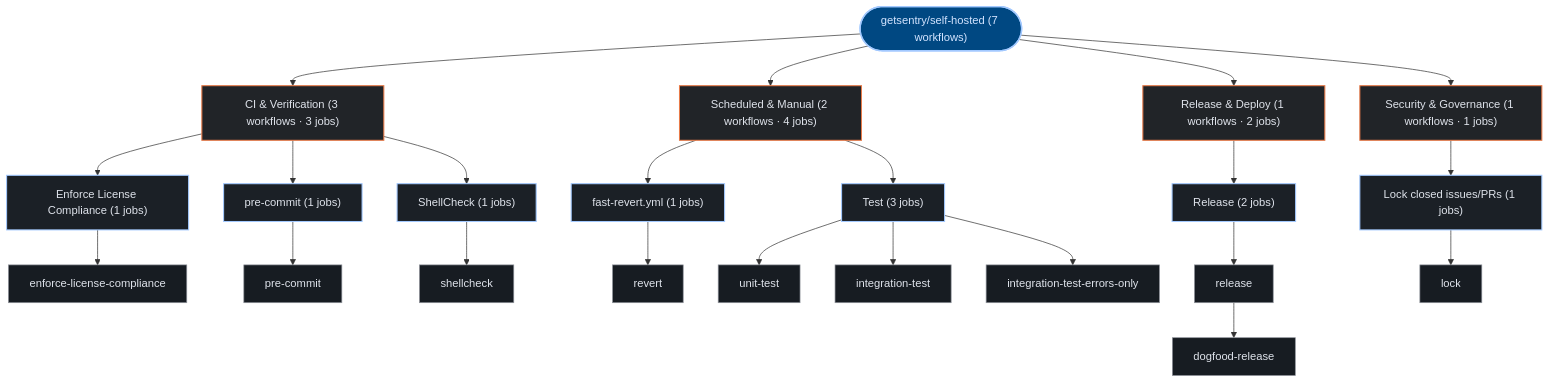
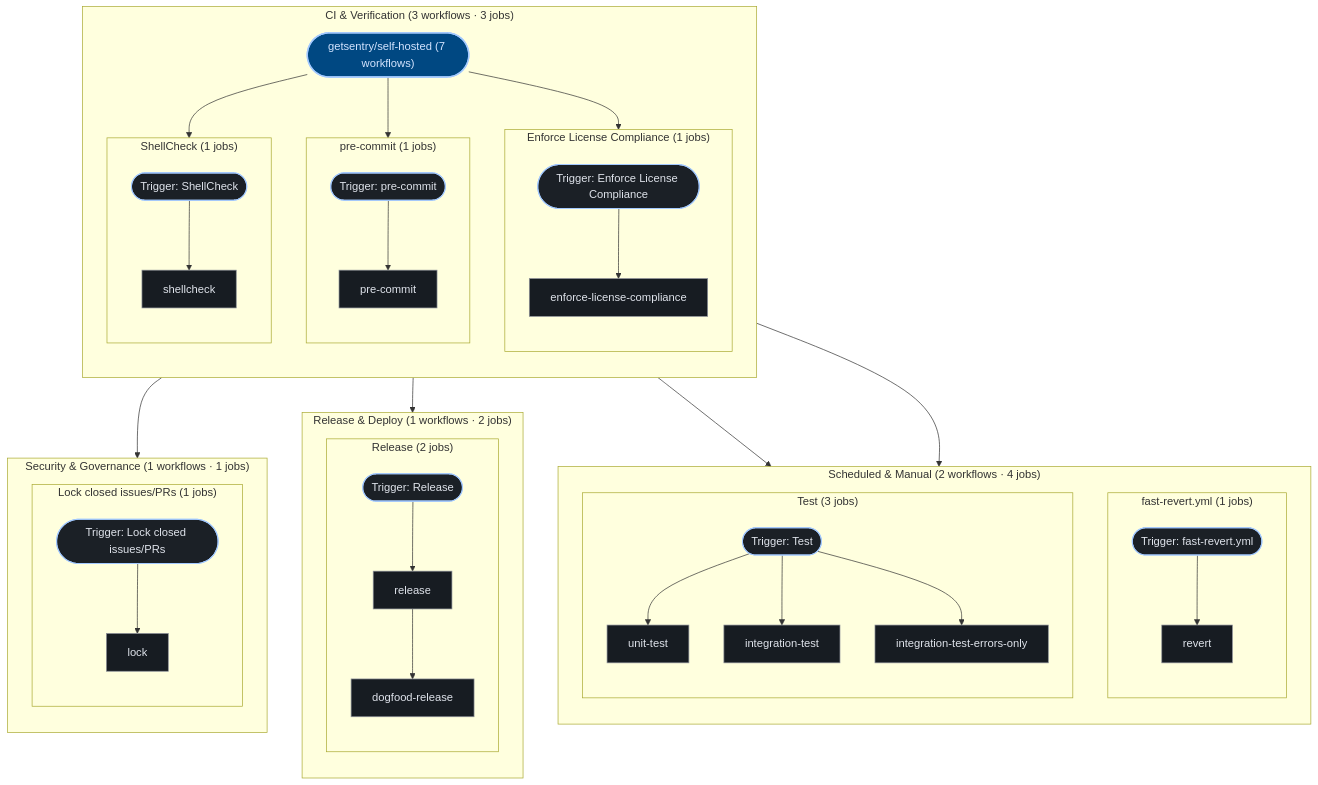
Before and after one commit to kumarshaz/atruss-code-atlas: the third of 3 diagrams in exports/latest/reports/getsentry-self-hosted-report.md, drawn with Mermaid. The commit also changed 181 other files, not shown here.

````diff
--- a/exports/latest/reports/getsentry-self-hosted-report.md
+++ b/exports/latest/reports/getsentry-self-hosted-report.md
@@ -182,53 +182,78 @@
 ```mermaid
 graph TD;
   classDef atlasRoot fill:#004882,stroke:#a3c9ff,stroke-width:2px,color:#d3e4ff
   classDef atlasCategory fill:#212428,stroke:#E87A48,stroke-width:1.5px,color:#dfe3eb
   classDef atlasWorkflow fill:#1b2026,stroke:#a3c9ff,stroke-width:1.5px,color:#dfe3eb
   classDef atlasJob fill:#171c22,stroke:#8d9199,stroke-width:1px,color:#dfe3eb
   classDef atlasTarget fill:#005227,stroke:#8bd99b,stroke-width:1.5px,color:#a7f6b6
   classDef atlasAlert fill:#93000a,stroke:#ffb4ab,stroke-width:1.5px,color:#ffdad6
   classDef atlasMore fill:#252a31,stroke:#8d9199,stroke-dasharray:4 4,color:#c3c6cf
   pipeline_root(["getsentry/self-hosted (7 workflows)"]):::atlasRoot
-  grp_0_CI___Verification["CI & Verification (3 workflows · 3 jobs)"]:::atlasCategory
-  pipeline_root --> grp_0_CI___Verification
-  wf_0_Enforce_License_Compliance["Enforce License Compliance (1 jobs)"]:::atlasWorkflow
-  grp_0_CI___Verification --> wf_0_Enforce_License_Compliance
-  job_0_enforce_license_compliance["enforce-license-compliance"]:::atlasJob
-  wf_0_Enforce_License_Compliance --> job_0_enforce_license_compliance
-  wf_3_pre_commit["pre-commit (1 jobs)"]:::atlasWorkflow
-  grp_0_CI___Verification --> wf_3_pre_commit
-  job_3_pre_commit["pre-commit"]:::atlasJob
-  wf_3_pre_commit --> job_3_pre_commit
-  wf_5_ShellCheck["ShellCheck (1 jobs)"]:::atlasWorkflow
-  grp_0_CI___Verification --> wf_5_ShellCheck
-  job_5_shellcheck["shellcheck"]:::atlasJob
-  wf_5_ShellCheck --> job_5_shellcheck
-  grp_1_Scheduled___Manual["Scheduled & Manual (2 workflows · 4 jobs)"]:::atlasCategory
-  pipeline_root --> grp_1_Scheduled___Manual
-  wf_1_fast_revert_yml["fast-revert.yml (1 jobs)"]:::atlasWorkflow
-  grp_1_Scheduled___Manual --> wf_1_fast_revert_yml
-  job_1_revert["revert"]:::atlasJob
-  wf_1_fast_revert_yml --> job_1_revert
-  wf_6_Test["Test (3 jobs)"]:::atlasWorkflow
-  grp_1_Scheduled___Manual --> wf_6_Test
-  job_6_unit_test["unit-test"]:::atlasJob
-  job_6_integration_test["integration-test"]:::atlasJob
-  job_6_integration_test_errors_only["integration-test-errors-only"]:::atlasJob
-  wf_6_Test --> job_6_unit_test
-  wf_6_Test --> job_6_integration_test
-  wf_6_Test --> job_6_integration_test_errors_only
-  grp_2_Release___Deploy["Release & Deploy (1 workflows · 2 jobs)"]:::atlasCategory
-  pipeline_root --> grp_2_Release___Deploy
-  wf_4_Release["Release (2 jobs)"]:::atlasWorkflow
-  grp_2_Release___Deploy --> wf_4_Release
-  job_4_release["release"]:::atlasJob
-  job_4_dogfood_release["dogfood-release"]:::atlasJob
-  wf_4_Release --> job_4_release
-  job_4_release --> job_4_dogfood_release
-  grp_3_Security___Governance["Security & Governance (1 workflows · 1 jobs)"]:::atlasCategory
-  pipeline_root --> grp_3_Security___Governance
-  wf_2_Lock_closed_issues_PRs["Lock closed issues/PRs (1 jobs)"]:::atlasWorkflow
-  grp_3_Security___Governance --> wf_2_Lock_closed_issues_PRs
-  job_2_lock["lock"]:::atlasJob
-  wf_2_Lock_closed_issues_PRs --> job_2_lock
+  subgraph sg_grp_0_CI___Verification["CI & Verification (3 workflows · 3 jobs)"]
+    direction TB
+    subgraph sg_wf_0_Enforce_License_Compliance["Enforce License Compliance (1 jobs)"]
+      direction TB
+      wf_0_Enforce_License_Compliance(["Trigger: Enforce License Compliance"]):::atlasWorkflow
+      job_0_enforce_license_compliance["enforce-license-compliance"]:::atlasJob
+      wf_0_Enforce_License_Compliance --> job_0_enforce_license_compliance
+    end
+    pipeline_root --> wf_0_Enforce_License_Compliance
+    subgraph sg_wf_3_pre_commit["pre-commit (1 jobs)"]
+      direction TB
+      wf_3_pre_commit(["Trigger: pre-commit"]):::atlasWorkflow
+      job_3_pre_commit["pre-commit"]:::atlasJob
+      wf_3_pre_commit --> job_3_pre_commit
+    end
+    pipeline_root --> wf_3_pre_commit
+    subgraph sg_wf_5_ShellCheck["ShellCheck (1 jobs)"]
+      direction TB
+      wf_5_ShellCheck(["Trigger: ShellCheck"]):::atlasWorkflow
+      job_5_shellcheck["shellcheck"]:::atlasJob
+      wf_5_ShellCheck --> job_5_shellcheck
+    end
+    pipeline_root --> wf_5_ShellCheck
+  end
+  subgraph sg_grp_1_Scheduled___Manual["Scheduled & Manual (2 workflows · 4 jobs)"]
+    direction TB
+    subgraph sg_wf_1_fast_revert_yml["fast-revert.yml (1 jobs)"]
+      direction TB
+      wf_1_fast_revert_yml(["Trigger: fast-revert.yml"]):::atlasWorkflow
+      job_1_revert["revert"]:::atlasJob
+      wf_1_fast_revert_yml --> job_1_revert
+    end
+    pipeline_root --> wf_1_fast_revert_yml
+    subgraph sg_wf_6_Test["Test (3 jobs)"]
+      direction TB
+      wf_6_Test(["Trigger: Test"]):::atlasWorkflow
+      job_6_unit_test["unit-test"]:::atlasJob
+      job_6_integration_test["integration-test"]:::atlasJob
+      job_6_integration_test_errors_only["integration-test-errors-only"]:::atlasJob
+      wf_6_Test --> job_6_unit_test
+      wf_6_Test --> job_6_integration_test
+      wf_6_Test --> job_6_integration_test_errors_only
+    end
+    pipeline_root --> wf_6_Test
+  end
+  subgraph sg_grp_2_Release___Deploy["Release & Deploy (1 workflows · 2 jobs)"]
+    direction TB
+    subgraph sg_wf_4_Release["Release (2 jobs)"]
+      direction TB
+      wf_4_Release(["Trigger: Release"]):::atlasWorkflow
+      job_4_release["release"]:::atlasJob
+      job_4_dogfood_release["dogfood-release"]:::atlasJob
+      wf_4_Release --> job_4_release
+      job_4_release --> job_4_dogfood_release
+    end
+    pipeline_root --> wf_4_Release
+  end
+  subgraph sg_grp_3_Security___Governance["Security & Governance (1 workflows · 1 jobs)"]
+    direction TB
+    subgraph sg_wf_2_Lock_closed_issues_PRs["Lock closed issues/PRs (1 jobs)"]
+      direction TB
+      wf_2_Lock_closed_issues_PRs(["Trigger: Lock closed issues/PRs"]):::atlasWorkflow
+      job_2_lock["lock"]:::atlasJob
+      wf_2_Lock_closed_issues_PRs --> job_2_lock
+    end
+    pipeline_root --> wf_2_Lock_closed_issues_PRs
+  end
 ```
````
